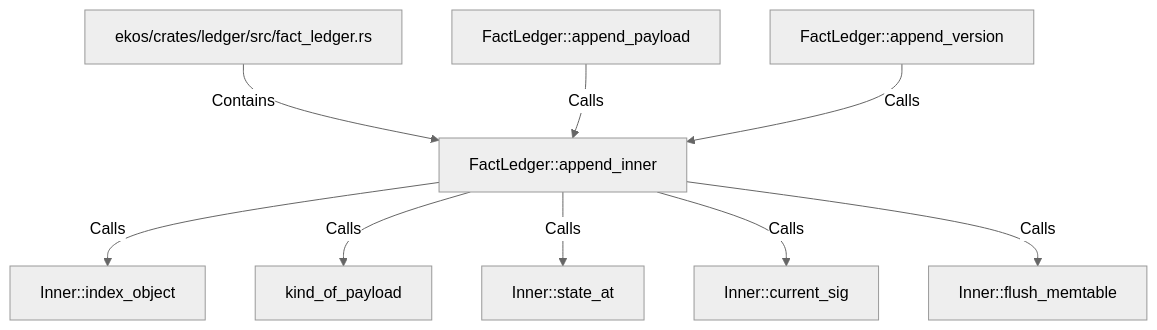
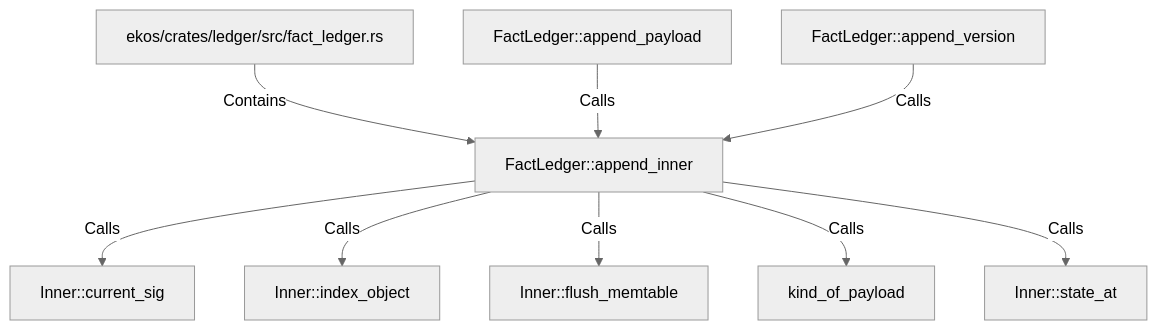
Before and after one commit to alexeyban/EKOS: the diagram in doc/entities/rustsymbol/fa/factledger-append-inner.md, drawn with Mermaid (neutral theme). The commit also changed other lines of this file and 552 other files, not shown here.

````diff
--- a/doc/entities/rustsymbol/fa/factledger-append-inner.md
+++ b/doc/entities/rustsymbol/fa/factledger-append-inner.md
@@ -27,20 +27,20 @@
 ```mermaid
 graph TD
     nabbc13e087055d3caa78d21e9a9882ee["FactLedger::append_inner"]
     neadcb59e818f5d1eaf87ff29aba11423["ekos/crates/ledger/src/fact_ledger.rs"]
     neadcb59e818f5d1eaf87ff29aba11423 -->|Contains| nabbc13e087055d3caa78d21e9a9882ee
     n59ba0d101ac65b4b96f4c69cac0c6d89["FactLedger::append_payload"]
     n59ba0d101ac65b4b96f4c69cac0c6d89 -->|Calls| nabbc13e087055d3caa78d21e9a9882ee
     nfa5c07dd0d4b5578b91283e1377ef34c["FactLedger::append_version"]
     nfa5c07dd0d4b5578b91283e1377ef34c -->|Calls| nabbc13e087055d3caa78d21e9a9882ee
+    nba605f6f3be3568994ce047beed35236["Inner::current_sig"]
+    nabbc13e087055d3caa78d21e9a9882ee -->|Calls| nba605f6f3be3568994ce047beed35236
     nc32e3f6e7f6e585fae03f82f97de91ed["Inner::index_object"]
     nabbc13e087055d3caa78d21e9a9882ee -->|Calls| nc32e3f6e7f6e585fae03f82f97de91ed
+    nec9d46ec95765ab5a0144e0946f5dc5e["Inner::flush_memtable"]
+    nabbc13e087055d3caa78d21e9a9882ee -->|Calls| nec9d46ec95765ab5a0144e0946f5dc5e
     nabd8ce5ae66350cea42fe2c4a13c43fb["kind_of_payload"]
     nabbc13e087055d3caa78d21e9a9882ee -->|Calls| nabd8ce5ae66350cea42fe2c4a13c43fb
     nf8ecc4120c5152758a0d2f41777af9ac["Inner::state_at"]
     nabbc13e087055d3caa78d21e9a9882ee -->|Calls| nf8ecc4120c5152758a0d2f41777af9ac
-    nba605f6f3be3568994ce047beed35236["Inner::current_sig"]
-    nabbc13e087055d3caa78d21e9a9882ee -->|Calls| nba605f6f3be3568994ce047beed35236
-    nec9d46ec95765ab5a0144e0946f5dc5e["Inner::flush_memtable"]
-    nabbc13e087055d3caa78d21e9a9882ee -->|Calls| nec9d46ec95765ab5a0144e0946f5dc5e
 ```
````
